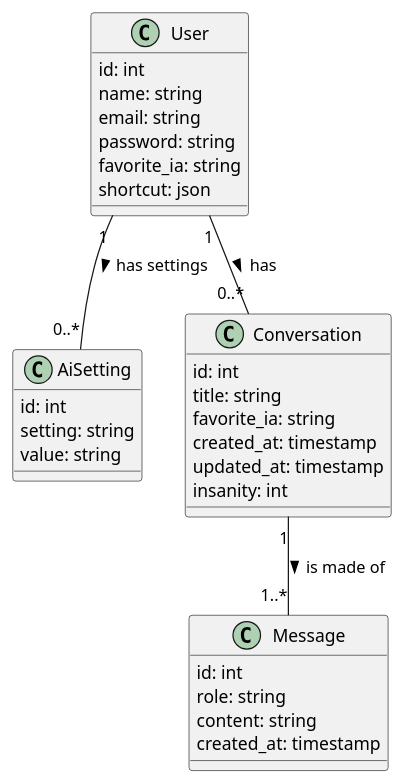
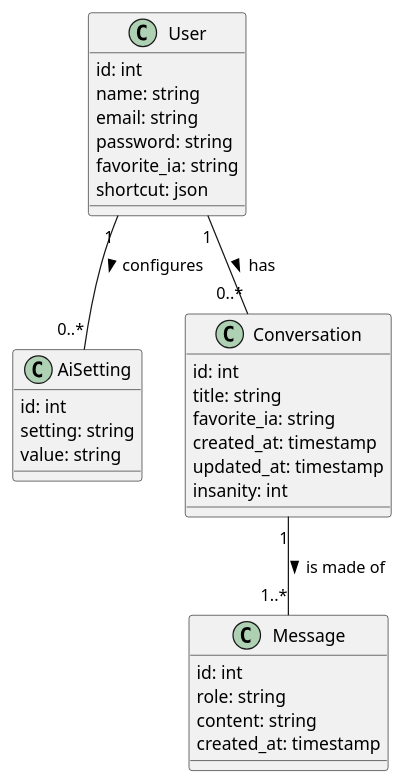
One commit to AlphaXZero/AI_Chat changed the diagram in docs/class_diagram.puml. Above: the diagram before and after it, drawn with PlantUML. The commit also changed 10 other files, not shown here.

```diff
--- a/docs/class_diagram.puml
+++ b/docs/class_diagram.puml
@@ -1,34 +1,34 @@
-@startuml Normal Chat
+@startuml Normal_Chat
 class User {
   id: int
   name: string
   email: string
   password: string
   favorite_ia: string
   shortcut: json
   ' Structure du shortcut (tableau d'objets) :
   ' [{ "command": "hi", "instruction": "hello " }, ...]
 }
 class AiSetting {
   id: int
   setting: string
   value: string
 }
 class Conversation {
   id: int
   title: string
   favorite_ia: string
   created_at: timestamp
   updated_at: timestamp
   insanity: int
 }
 class Message {
   id: int
   role: string
   content: string
   created_at: timestamp
 }
 User "1" -- "0..*" Conversation : has >
-User "1" -- "0..*" AiSetting : has settings >
+User "1" -- "0..*" AiSetting : configures >
 Conversation "1" -- "1..*" Message : is made of >
 @enduml
```
